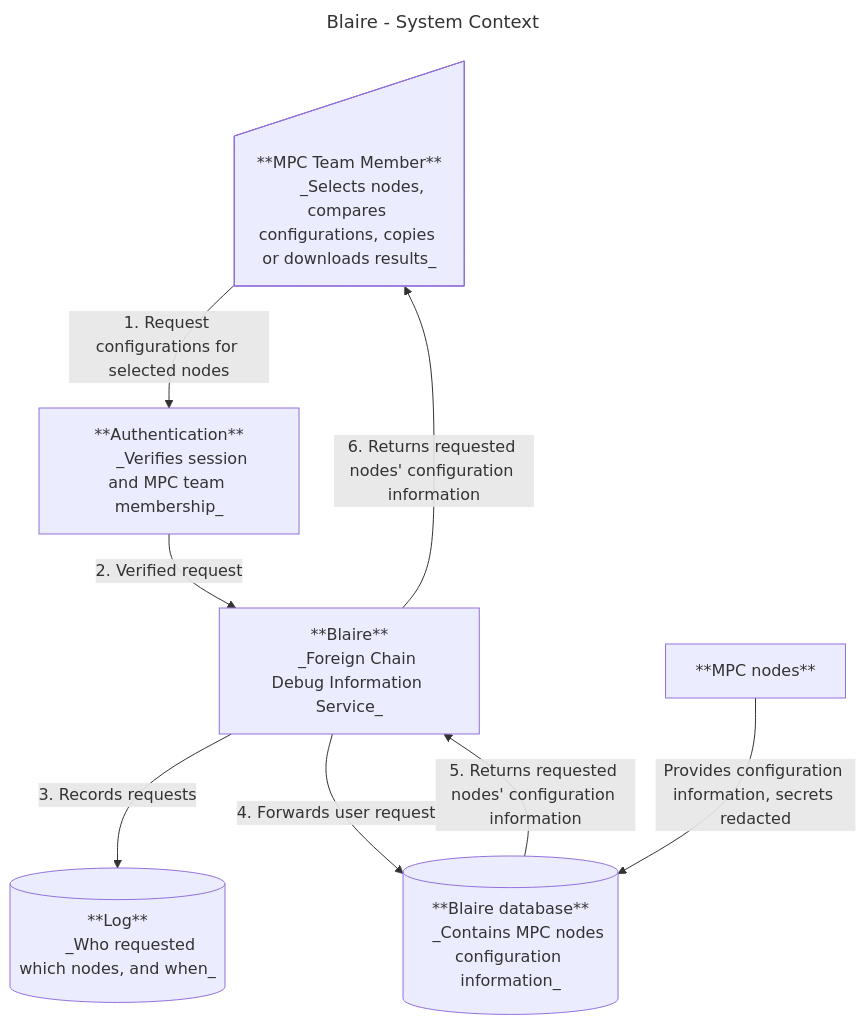
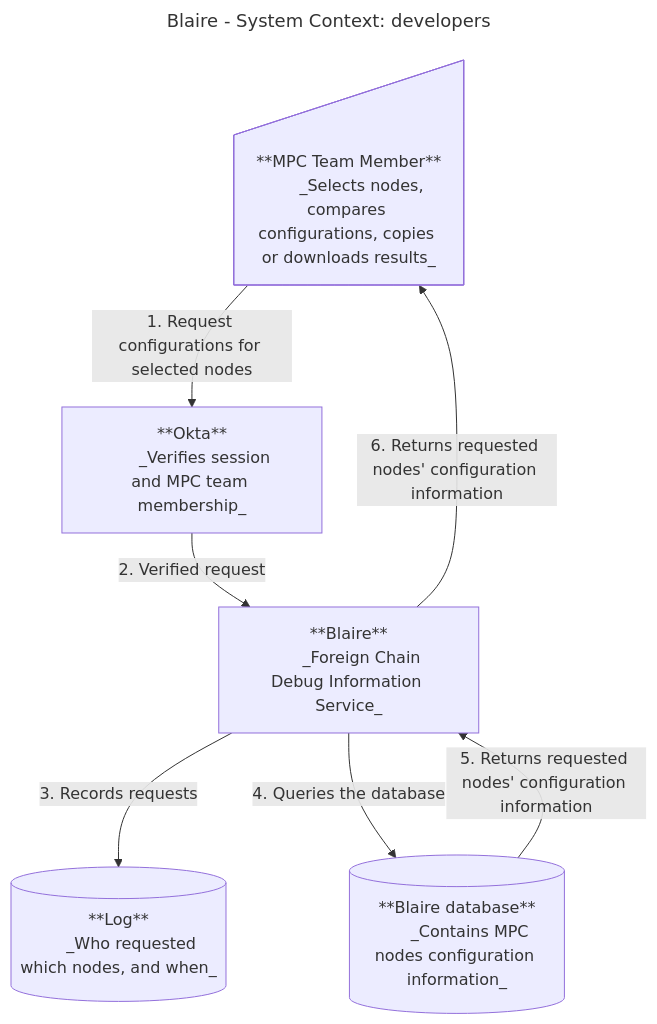
One commit to near/mpc changed the second of 2 diagrams in docs/design/debug-information-service-blaire.md. Above: the diagram before and after it, drawn with Mermaid. The commit also changed other lines of this file, not shown here.

````diff
--- a/docs/design/debug-information-service-blaire.md
+++ b/docs/design/debug-information-service-blaire.md
@@ -34,37 +58,33 @@
 ```mermaid
 ---
-title: Blaire - System Context
+title: "Blaire - System Context: developers"
 ---
 flowchart TD
     DEV["**MPC Team Member**
       _Selects nodes, compares configurations, copies or downloads results_"]
 
-    AUTH["**Authentication**
+    AUTH["**Okta**
       _Verifies session and MPC team membership_"]
 
     BL["**Blaire**
-    _Foreign Chain Debug Information Service_"]
+      _Foreign Chain Debug Information Service_"]
 
     LOG["**Log**
       _Who requested which nodes, and when_"]
 
-    MPC["**MPC nodes**"]
-
     DB["**Blaire database**
-    _Contains MPC nodes configuration information_"]
+      _Contains MPC nodes configuration information_"]
 
     DEV -->|"1. Request configurations for selected nodes"| AUTH
     AUTH -->|"2. Verified request"| BL
     BL -->|"3. Records requests"| LOG
-    BL -->|"4. Forwards user request"| DB
+    BL -->|"4. Queries the database"| DB
     DB -->|"5. Returns requested nodes' configuration information"|BL
     BL -->|"6. Returns requested nodes' configuration information"| DEV
-    MPC -->|"Provides configuration information, secrets redacted"| DB
 
     DEV@{ shape: manual-input}
     AUTH@{ shape: proc}
     BL@{ shape: proc}
     LOG@{ shape: db}
-    MPC@{ shape: proc}
     DB@{ shape: db}
 ```
````
